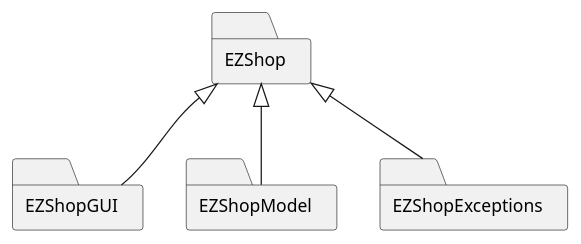
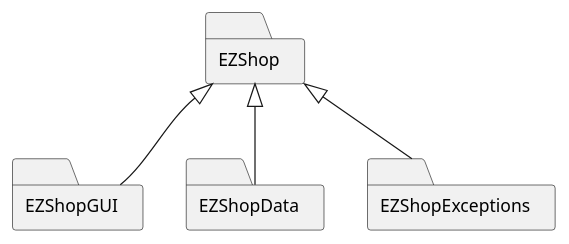
One commit to djemar/softeng_ezshop changed the first of 31 diagrams in Deliverables/DesignDocument.md. Above: the diagram before and after it, drawn with PlantUML. The commit also changed other lines of this file, not shown here.

````diff
--- a/Deliverables/DesignDocument.md
+++ b/Deliverables/DesignDocument.md
@@ -26,18 +25,18 @@
 ```plantuml
 package EZShop <<Folder>>{
 
 }
 package EZShopGUI <<Folder>>{
 
 }
-package EZShopModel <<Folder>>{
+package EZShopData <<Folder>>{
 
 
 }
 package EZShopExceptions <<Folder>>{
 
 }
-EZShop <|-- EZShopModel
+EZShop <|-- EZShopData
 EZShop <|-- EZShopGUI
 EZShop <|-- EZShopExceptions
 ```
````
